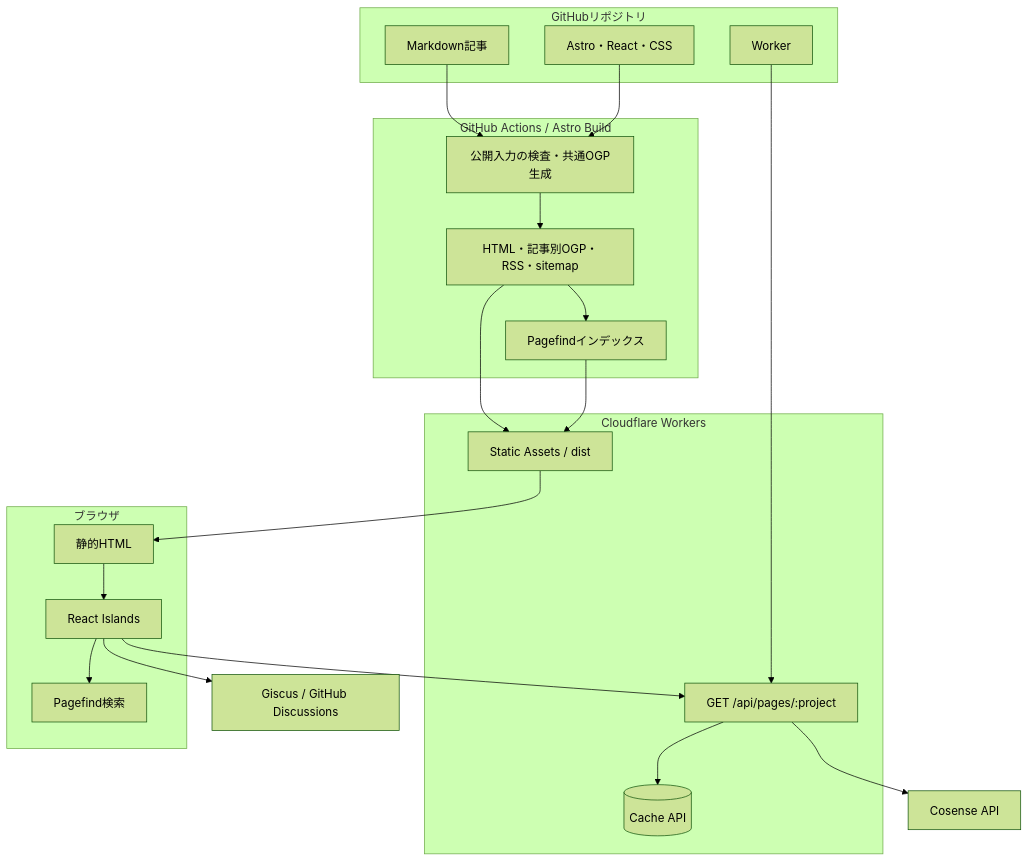
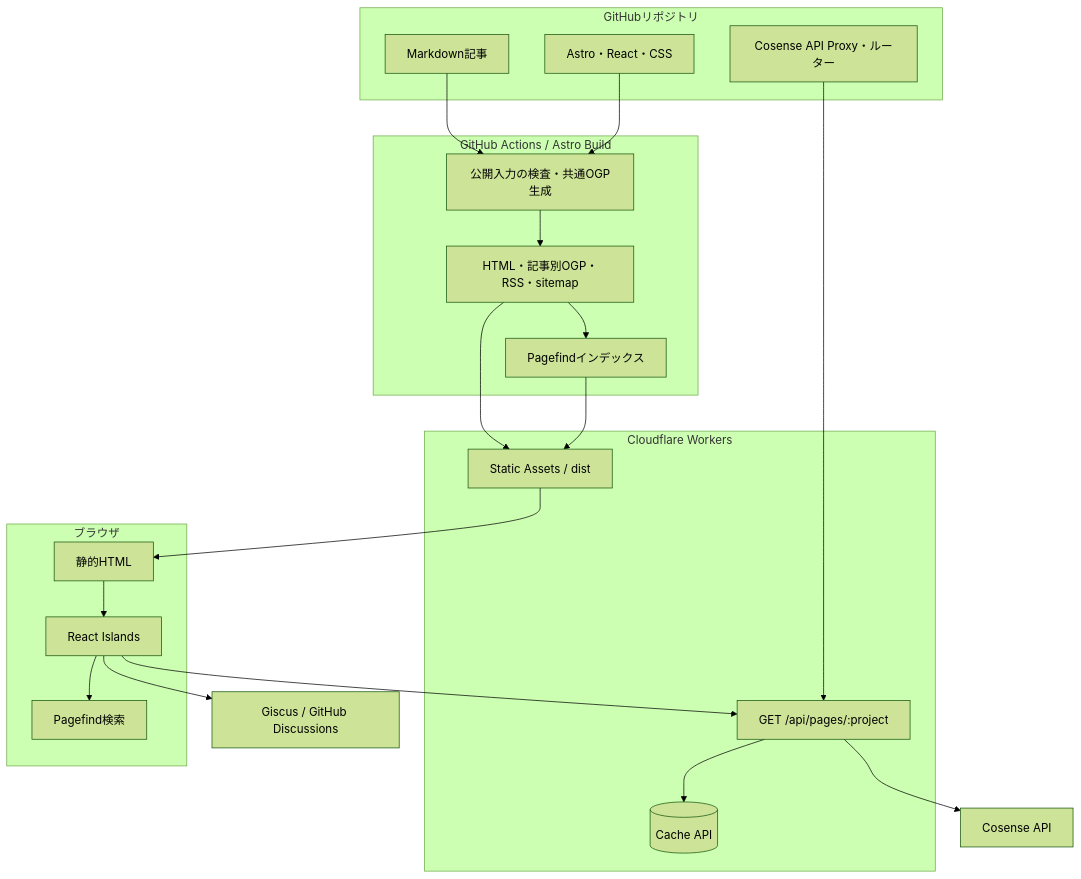
Before and after one commit to KJR020/kjr020-blog: the first of 2 diagrams in docs/architecture/overview.md, drawn with Mermaid (forest theme). The commit also changed other lines of this file and 6 other files, not shown here.

````diff
--- a/docs/architecture/overview.md
+++ b/docs/architecture/overview.md
@@ -7,41 +7,41 @@
 ```mermaid
 graph TB
     subgraph Repository["GitHubリポジトリ"]
         Content[Markdown記事]
         Source[Astro・React・CSS]
-        FunctionSource[Worker]
+        FunctionSource[Cosense API Proxy・ルーター]
     end
 
     subgraph Build["GitHub Actions / Astro Build"]
         Prebuild[公開入力の検査・共通OGP生成]
         Static[HTML・記事別OGP・RSS・sitemap]
         SearchIndex[Pagefindインデックス]
     end
 
     subgraph Cloudflare["Cloudflare Workers"]
         CDN[Static Assets / dist]
         Functions[GET /api/pages/:project]
         Cache[(Cache API)]
     end
 
     subgraph Browser["ブラウザ"]
         Page[静的HTML]
         Islands[React Islands]
         Search[Pagefind検索]
     end
 
     Content --> Prebuild
     Source --> Prebuild
     Prebuild --> Static
     Static --> SearchIndex
     Static --> CDN
     SearchIndex --> CDN
     FunctionSource --> Functions
     CDN --> Page
     Page --> Islands
     Islands --> Search
     Islands --> Functions
     Functions --> Cache
     Functions --> Cosense[Cosense API]
     Islands --> Giscus[Giscus / GitHub Discussions]
 ```
````
